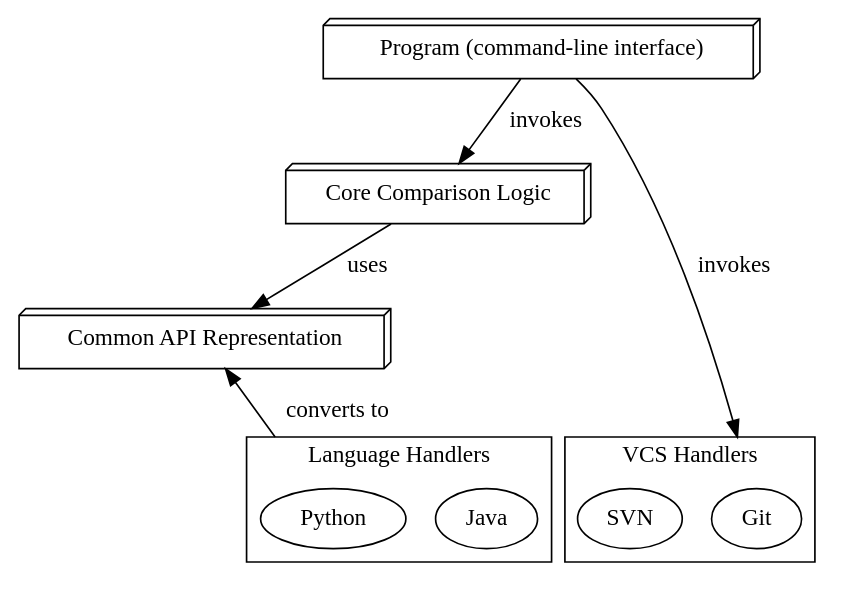
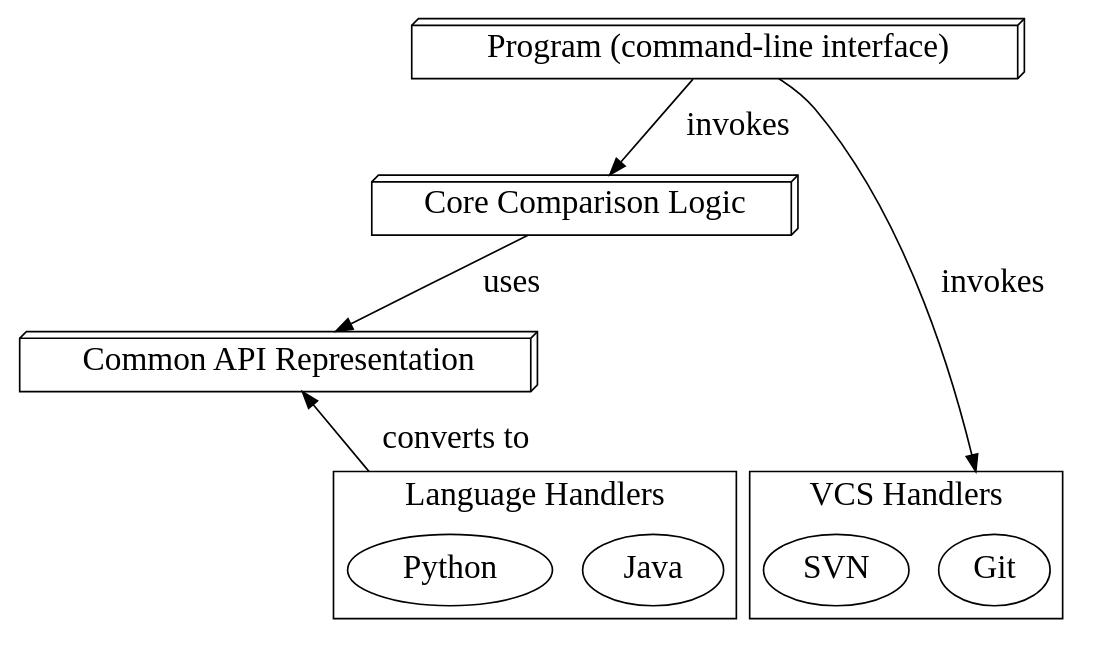
One commit to cshtarkov/autobump-dissertation changed the diagram in images/dot/architecture.dot. Above: the diagram before and after it, drawn with Graphviz. The commit also changed 1 other file, not shown here.

```diff
--- a/images/dot/architecture.dot
+++ b/images/dot/architecture.dot
@@ -1,31 +1,33 @@
 digraph architecture {
     newrank=true;
     compound=true;
-    node [shape=box3d];
+    graph [fontsize=20];
+    node [shape=box3d,fontsize=20];
+    edge [fontsize=20];
 
     core [label="Core Comparison Logic"];
     common [label="Common API Representation"];
     program [label="Program (command-line interface)"];
 
     subgraph cluster_languages {
         label="Language Handlers"
         java [label="Java",shape=ellipse];
         python_h [label="Python",shape=ellipse];
     }
 
     subgraph cluster_vcs {
         label="VCS Handlers"
         git_h [label="Git",shape=ellipse];
         svn [label="SVN",shape=ellipse];
     }
 
     program -> core [label=" invokes"]
     program -> git_h [label=" invokes",lhead=cluster_vcs]
     core -> common [label=" uses"]
     core -> python_h [style=invis,minlen=2]
     python_h -> common [label=" converts to",ltail=cluster_languages,constraint=false]
 
     {rank=min; program}
     {rank=same; git_h svn java python_h}
 
 }
```
